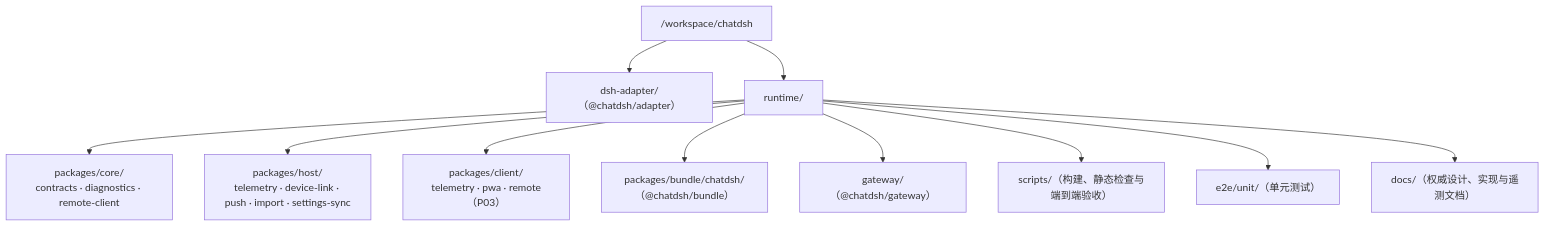
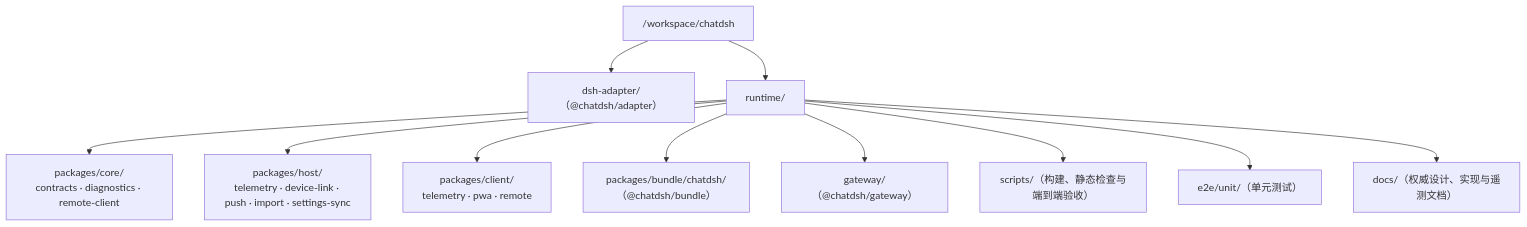
One commit to wenzetan/chatdsh changed the second of 2 diagrams in runtime/docs/architecture.md. Above: the diagram before and after it, drawn with Mermaid. The commit also changed other lines of this file and 16 other files, not shown here.

````diff
--- a/runtime/docs/architecture.md
+++ b/runtime/docs/architecture.md
@@ -71,14 +71,14 @@
 ```mermaid
 flowchart TB
   ROOT["/workspace/chatdsh"]
   ROOT --> AD["dsh-adapter/（@chatdsh/adapter）"]
   ROOT --> RT["runtime/"]
   RT --> CORE["packages/core/<br/>contracts · diagnostics · remote-client"]
   RT --> HOST["packages/host/<br/>telemetry · device-link · push · import · settings-sync"]
-  RT --> CLIENT["packages/client/<br/>telemetry · pwa · remote（P03）"]
+  RT --> CLIENT["packages/client/<br/>telemetry · pwa · remote"]
   RT --> BUNDLE["packages/bundle/chatdsh/（@chatdsh/bundle）"]
   RT --> GW["gateway/（@chatdsh/gateway）"]
   RT --> SCR["scripts/（构建、静态检查与端到端验收）"]
   RT --> E2E["e2e/unit/（单元测试）"]
   RT --> DOC["docs/（权威设计、实现与遥测文档）"]
 ```
````
